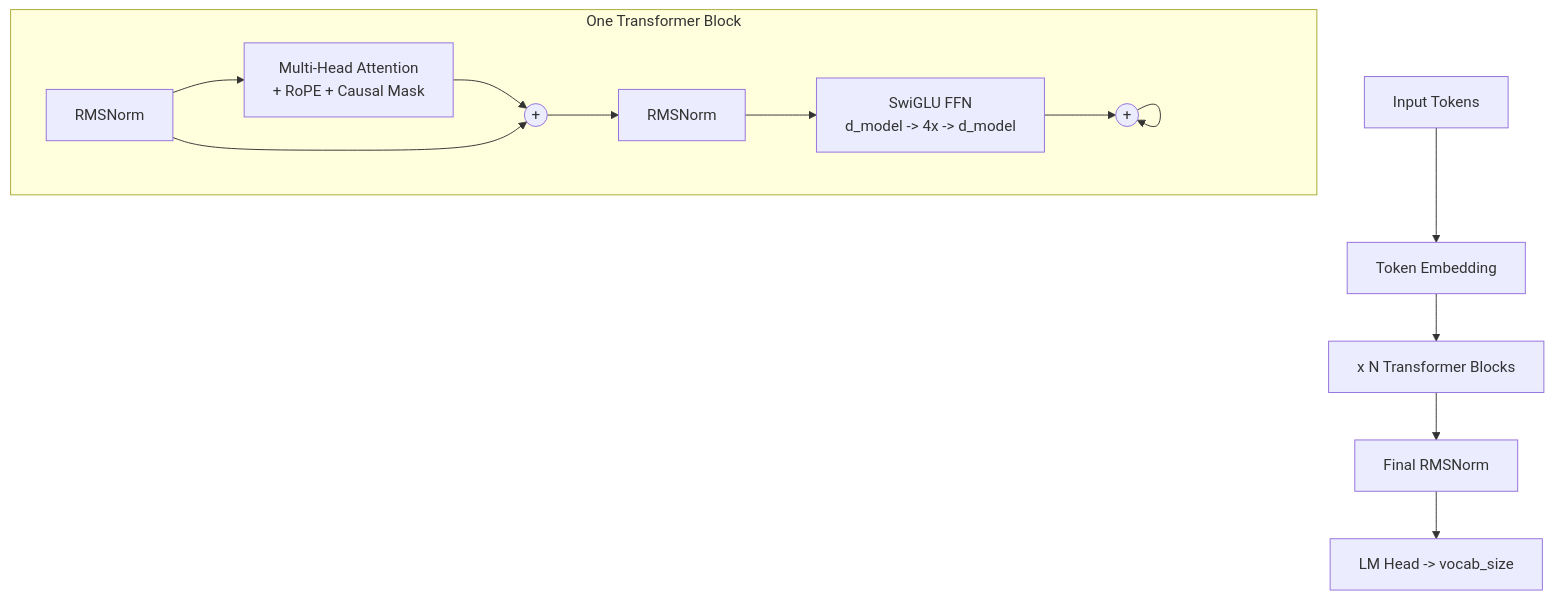
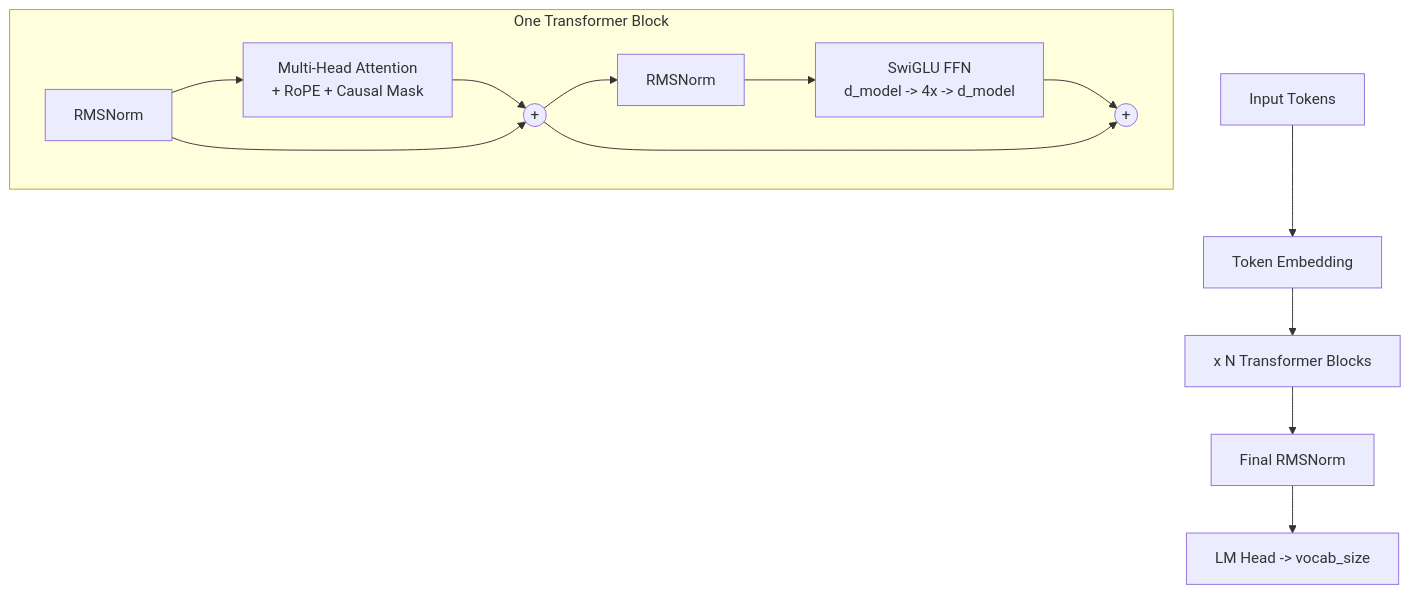
One commit to raiyanyahya/how-to-train-your-gpt changed the diagram in chapters/11_glossary.md. Above: the diagram before and after it, drawn with Mermaid. The commit also changed other lines of this file and 5 other files, not shown here.

````diff
--- a/chapters/11_glossary.md
+++ b/chapters/11_glossary.md
@@ -5,18 +5,18 @@
 ```mermaid
 graph TD
     T["Input Tokens"] --> E["Token Embedding"]
     E --> L["x N Transformer Blocks"]
 
     subgraph Block["One Transformer Block"]
         N1["RMSNorm"] --> A["Multi-Head Attention<br/>+ RoPE + Causal Mask"]
         A --> R1(("+"))
         N1 --> R1
         R1 --> N2["RMSNorm"]
         N2 --> F["SwiGLU FFN<br/>d_model -> 4x -> d_model"]
         F --> R2(("+"))
-        R2 --> R2
+        R1 --> R2
     end
 
     L --> FN["Final RMSNorm"]
     FN --> H["LM Head -> vocab_size"]
 ```
````
